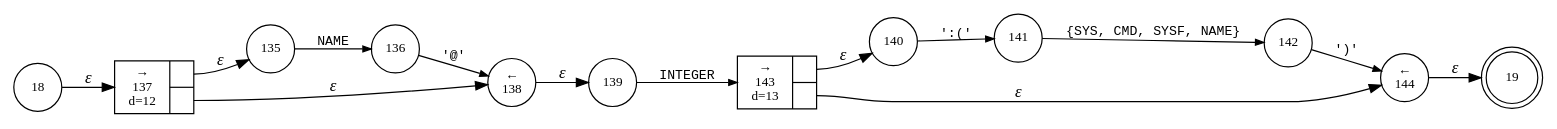
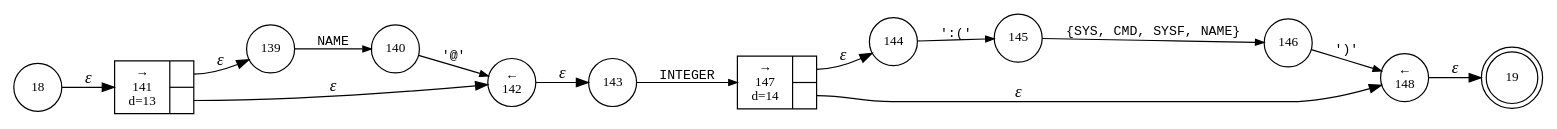
The diagram in internal/parser/Bund.integer_term.dot (vulogov/Bund2), drawn with Graphviz before and after one commit. The commit also changed 38 other files, not shown here.

```diff
--- a/internal/parser/Bund.integer_term.dot
+++ b/internal/parser/Bund.integer_term.dot
@@ -1,28 +1,28 @@
 digraph ATN {
 rankdir=LR;
 s19[fontsize=11, label="19", shape=doublecircle, fixedsize=true, width=.6];
-s144[fontsize=11,label="&larr;\n144", shape=circle, fixedsize=true, width=.55, peripheries=1];
+s144[fontsize=11,label="144", shape=circle, fixedsize=true, width=.55, peripheries=1];
+s145[fontsize=11,label="145", shape=circle, fixedsize=true, width=.55, peripheries=1];
 s18[fontsize=11,label="18", shape=circle, fixedsize=true, width=.55, peripheries=1];
-s135[fontsize=11,label="135", shape=circle, fixedsize=true, width=.55, peripheries=1];
-s136[fontsize=11,label="136", shape=circle, fixedsize=true, width=.55, peripheries=1];
-s137[fontsize=11,label="{&rarr;\n137\nd=12|{<p0>|<p1>}}", shape=record, fixedsize=false, peripheries=1];
-s138[fontsize=11,label="&larr;\n138", shape=circle, fixedsize=true, width=.55, peripheries=1];
+s146[fontsize=11,label="146", shape=circle, fixedsize=true, width=.55, peripheries=1];
+s147[fontsize=11,label="{&rarr;\n147\nd=14|{<p0>|<p1>}}", shape=record, fixedsize=false, peripheries=1];
+s148[fontsize=11,label="&larr;\n148", shape=circle, fixedsize=true, width=.55, peripheries=1];
 s139[fontsize=11,label="139", shape=circle, fixedsize=true, width=.55, peripheries=1];
 s140[fontsize=11,label="140", shape=circle, fixedsize=true, width=.55, peripheries=1];
-s141[fontsize=11,label="141", shape=circle, fixedsize=true, width=.55, peripheries=1];
-s142[fontsize=11,label="142", shape=circle, fixedsize=true, width=.55, peripheries=1];
-s143[fontsize=11,label="{&rarr;\n143\nd=13|{<p0>|<p1>}}", shape=record, fixedsize=false, peripheries=1];
-s18 -> s137 [fontname="Times-Italic", label="&epsilon;"];
-s137:p0 -> s135 [fontname="Times-Italic", label="&epsilon;"];
-s137:p1 -> s138 [fontname="Times-Italic", label="&epsilon;"];
-s135 -> s136 [fontsize=11, fontname="Courier", arrowsize=.7, label = "NAME", arrowhead = normal];
-s138 -> s139 [fontname="Times-Italic", label="&epsilon;"];
-s136 -> s138 [fontsize=11, fontname="Courier", arrowsize=.7, label = "'@'", arrowhead = normal];
-s139 -> s143 [fontsize=11, fontname="Courier", arrowsize=.7, label = "INTEGER", arrowhead = normal];
-s143:p0 -> s140 [fontname="Times-Italic", label="&epsilon;"];
-s143:p1 -> s144 [fontname="Times-Italic", label="&epsilon;"];
-s140 -> s141 [fontsize=11, fontname="Courier", arrowsize=.7, label = "':('", arrowhead = normal];
-s144 -> s19 [fontname="Times-Italic", label="&epsilon;"];
-s141 -> s142 [fontsize=11, fontname="Courier", arrowsize=.7, label = "{SYS, CMD, SYSF, NAME}", arrowhead = normal];
-s142 -> s144 [fontsize=11, fontname="Courier", arrowsize=.7, label = "')'", arrowhead = normal];
+s141[fontsize=11,label="{&rarr;\n141\nd=13|{<p0>|<p1>}}", shape=record, fixedsize=false, peripheries=1];
+s142[fontsize=11,label="&larr;\n142", shape=circle, fixedsize=true, width=.55, peripheries=1];
+s143[fontsize=11,label="143", shape=circle, fixedsize=true, width=.55, peripheries=1];
+s18 -> s141 [fontname="Times-Italic", label="&epsilon;"];
+s141:p0 -> s139 [fontname="Times-Italic", label="&epsilon;"];
+s141:p1 -> s142 [fontname="Times-Italic", label="&epsilon;"];
+s139 -> s140 [fontsize=11, fontname="Courier", arrowsize=.7, label = "NAME", arrowhead = normal];
+s142 -> s143 [fontname="Times-Italic", label="&epsilon;"];
+s140 -> s142 [fontsize=11, fontname="Courier", arrowsize=.7, label = "'@'", arrowhead = normal];
+s143 -> s147 [fontsize=11, fontname="Courier", arrowsize=.7, label = "INTEGER", arrowhead = normal];
+s147:p0 -> s144 [fontname="Times-Italic", label="&epsilon;"];
+s147:p1 -> s148 [fontname="Times-Italic", label="&epsilon;"];
+s144 -> s145 [fontsize=11, fontname="Courier", arrowsize=.7, label = "':('", arrowhead = normal];
+s148 -> s19 [fontname="Times-Italic", label="&epsilon;"];
+s145 -> s146 [fontsize=11, fontname="Courier", arrowsize=.7, label = "{SYS, CMD, SYSF, NAME}", arrowhead = normal];
+s146 -> s148 [fontsize=11, fontname="Courier", arrowsize=.7, label = "')'", arrowhead = normal];
 }
```
